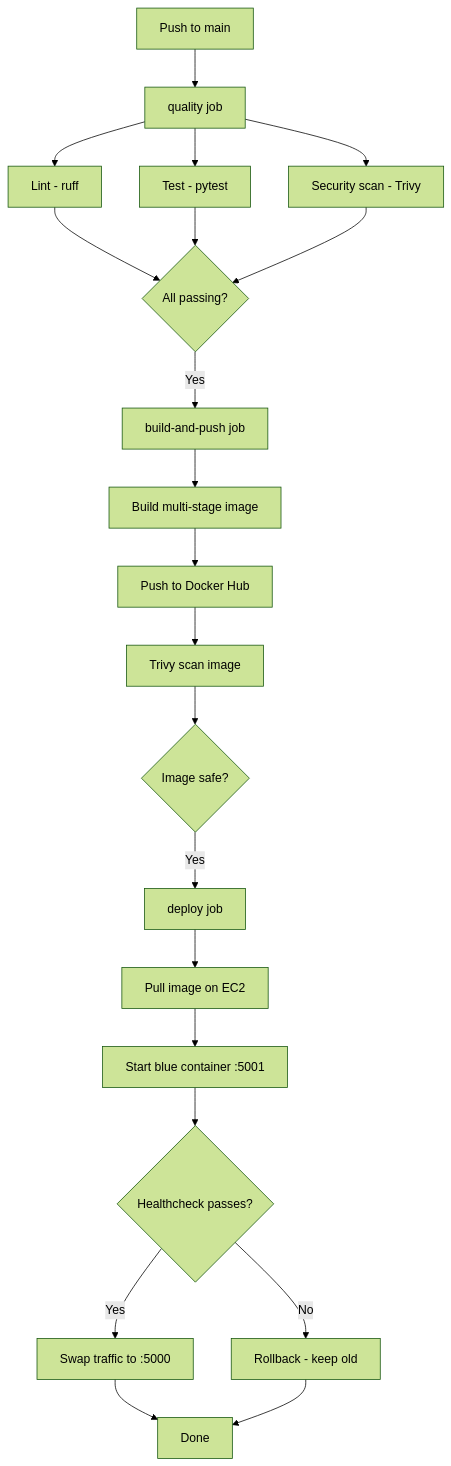
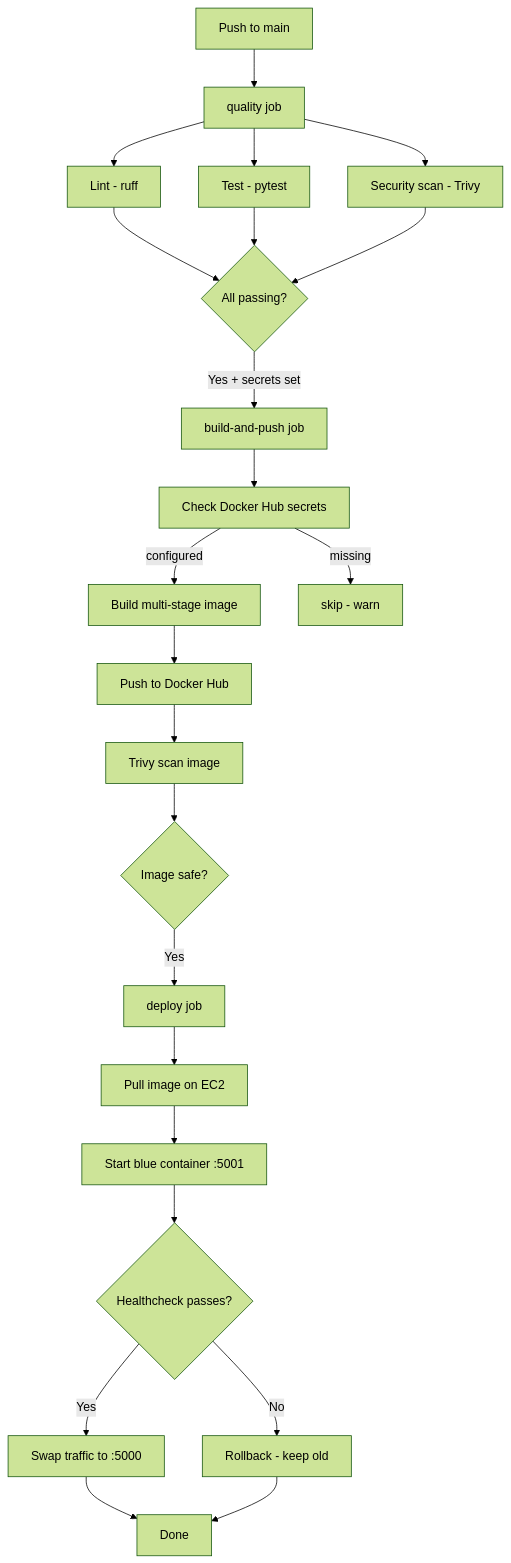
Before and after one commit to PavaraM/cicd-demo: the first of 3 diagrams in README.md, drawn with Mermaid (forest theme). The commit also changed other lines of this file, not shown here.

Commit message:
docs: update README to reflect current pipeline (Docker Hub namespace, SHA tags, .trivyignore, bug-fix history)

````diff
--- a/README.md
+++ b/README.md
@@ -14,23 +14,25 @@
 ```mermaid
 graph TD
     A[Push to main] --> B[quality job]
     B --> C[Lint - ruff]
     B --> D[Test - pytest]
     B --> E[Security scan - Trivy]
     C --> F{All passing?}
     D --> F
     E --> F
-    F -->|Yes| G[build-and-push job]
-    G --> H[Build multi-stage image]
+    F -->|Yes + secrets set| G[build-and-push job]
+    G --> G1[Check Docker Hub secrets]
+    G1 -->|configured| H[Build multi-stage image]
+    G1 -->|missing| G2[skip - warn]
     H --> I[Push to Docker Hub]
     I --> J[Trivy scan image]
     J --> K{Image safe?}
     K -->|Yes| L[deploy job]
     L --> M[Pull image on EC2]
     M --> N[Start blue container :5001]
     N --> O{Healthcheck passes?}
     O -->|Yes| P[Swap traffic to :5000]
     O -->|No| Q[Rollback - keep old]
     P --> R[Done]
     Q --> R
 ```
````
